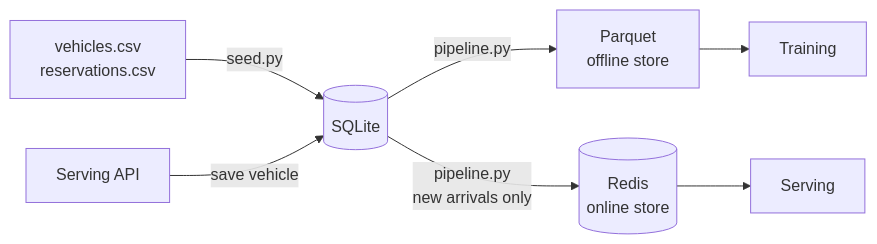
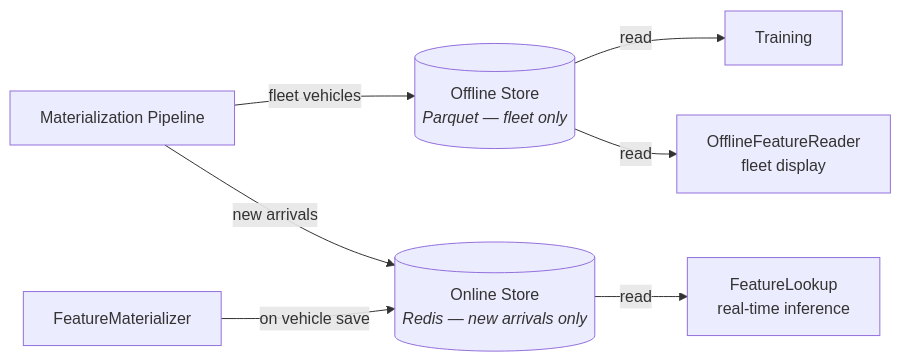
Before and after one commit to pierreWagou/vroom-forecast: the first of 2 diagrams in features/README.md, drawn with Mermaid. The commit also changed other lines of this file and 25 other files, not shown here.

Commit message:
ui: improve user experience and sreamline data flows

````diff
--- a/features/README.md
+++ b/features/README.md
@@ -8,9 +8,13 @@
 ```mermaid
 graph LR
-    CSV[vehicles.csv<br/>reservations.csv] -->|seed.py| DB[(SQLite)]
-    UI[Serving API] -->|save vehicle| DB
-    DB -->|pipeline.py| PQ[Parquet<br/>offline store]
-    DB -->|pipeline.py<br/>new arrivals only| RD[(Redis<br/>online store)]
-    PQ --> Training
-    RD --> Serving
+    MP[Materialization Pipeline] -->|fleet vehicles| PQ
+    MP -->|new arrivals| RD
+    FM[FeatureMaterializer] -->|on vehicle save| RD
+
+    PQ[(Offline Store<br/><i>Parquet — fleet only</i>)]
+    RD[(Online Store<br/><i>Redis — new arrivals only</i>)]
+
+    PQ -->|read| TRAIN[Training]
+    PQ -->|read| OFR[OfflineFeatureReader<br/>fleet display]
+    RD -->|read| FL[FeatureLookup<br/>real-time inference]
 ```
````
